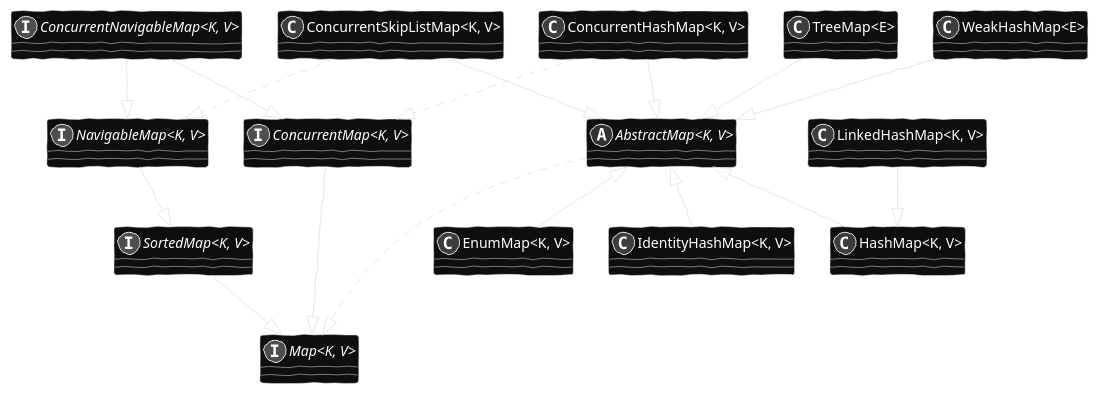
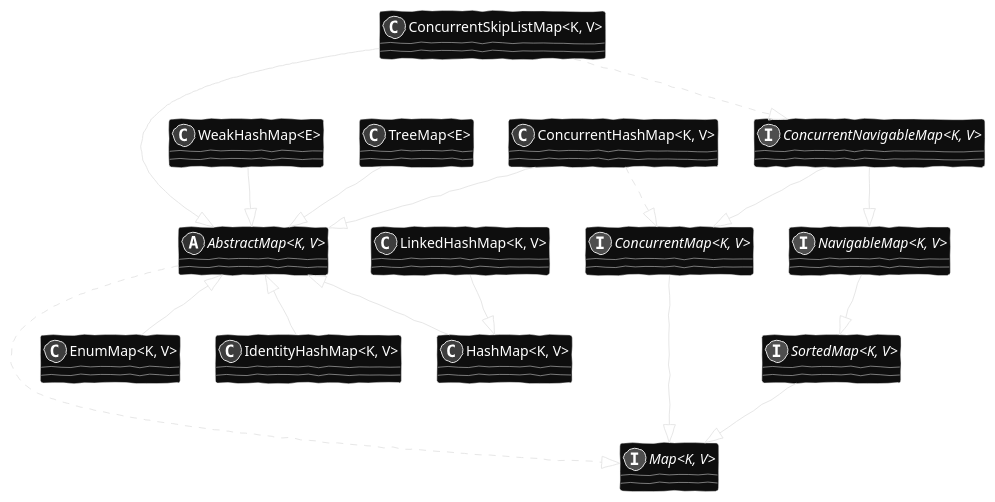
The tenth of 15 diagrams in src/java-collections/collection.adoc (caring-coder/presentations), drawn with PlantUML before and after one commit. The commit also changed other lines of this file and 3 other files, not shown here.

```diff
--- a/src/java-collections/collection.adoc
+++ b/src/java-collections/collection.adoc
@@ -448,48 +476,48 @@
 [plantuml, align="center"]
 ----
 @startuml
 skinparam monochrome reverse
 skinparam handwritten true
 skinparam BackgroundColor transparent
 skinparam genericDisplay old
 set namespaceSeparator none
 
 interface Map<K, V>
 interface SortedMap<K, V>
 interface NavigableMap<K, V>
 abstract AbstractMap<K, V>
 
 interface ConcurrentMap<K, V>
 interface ConcurrentNavigableMap<K, V>
 
 class ConcurrentHashMap<K, V>
 class ConcurrentSkipListMap<K, V>
 
 class EnumMap<K, V>
 class HashMap<K, V>
 class LinkedHashMap<K, V>
 class IdentityHashMap<K, V>
 class WeakHashMap<E>
 class TreeMap<E>
 
 SortedMap --|> Map
 NavigableMap --|> SortedMap
 ConcurrentMap --|> Map
 ConcurrentNavigableMap --|> NavigableMap
 ConcurrentNavigableMap --|> ConcurrentMap
 
 AbstractMap ..|> Map
 ConcurrentHashMap ..|> ConcurrentMap
-ConcurrentSkipListMap ..|> NavigableMap
+ConcurrentSkipListMap ..|> ConcurrentNavigableMap
 
 AbstractMap <|-- EnumMap
 AbstractMap <|-- HashMap
 AbstractMap <|-- IdentityHashMap
 WeakHashMap --|> AbstractMap
 TreeMap --|> AbstractMap
 ConcurrentHashMap --|> AbstractMap
 ConcurrentSkipListMap --|> AbstractMap
 
 LinkedHashMap --|> HashMap
 @enduml
 ----
```
